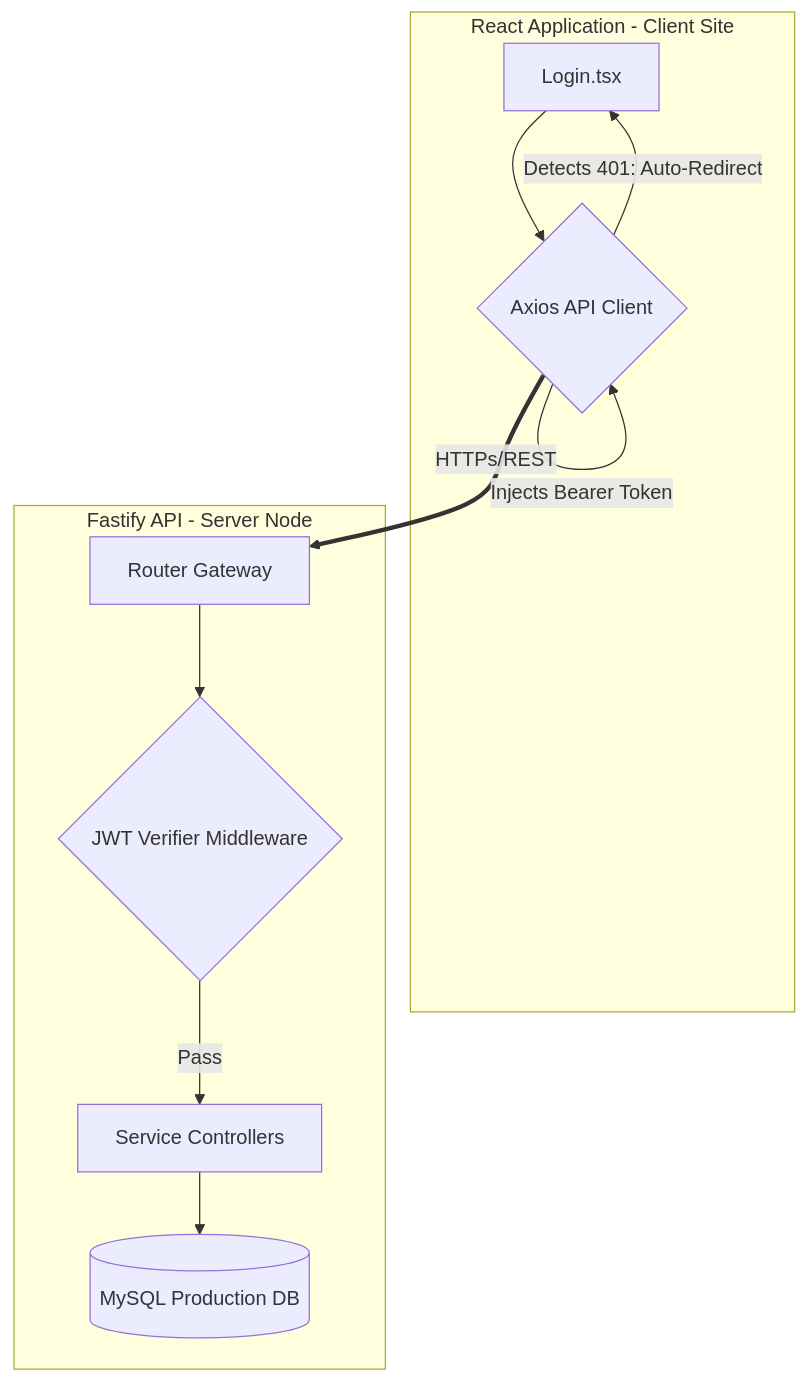
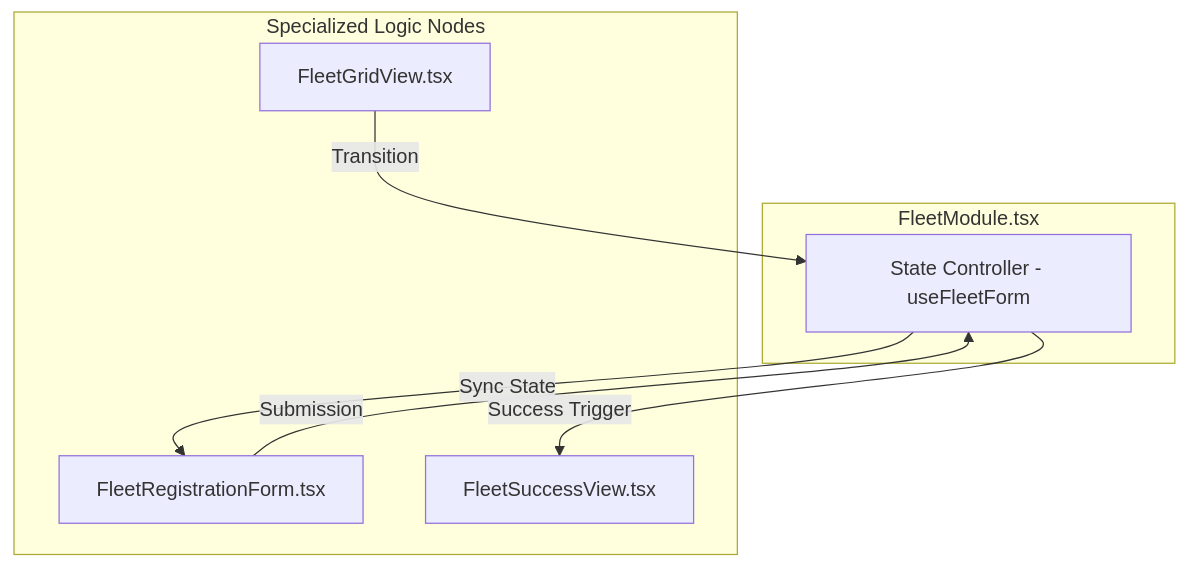
The first of 3 diagrams in SYSTEM_ARCHITECTURE.md (felipemiramontesr/mantenimiento_piic), drawn with Mermaid before and after one commit. The commit also changed other lines of this file and 27 other files, not shown here.

Commit message:
feat(fleet): v.17.0.0 industrial-grade architectural refactor and high-precision testing ecosystem

````diff
--- a/SYSTEM_ARCHITECTURE.md
+++ b/SYSTEM_ARCHITECTURE.md
@@ -24,16 +24,17 @@
 ```mermaid
 graph TD
-    subgraph Frontend [React Application - Client Site]
-        A[Login.tsx] --> B{Axios API Client}
-        B -->|Injects Bearer Token| B
-        B -->|Detects 401: Auto-Redirect| A
+    subgraph Orchestrator [FleetModule.tsx]
+        M[State Controller - useFleetForm]
     end
 
-    subgraph Backend [Fastify API - Server Node]
-        C[Router Gateway] --> D{JWT Verifier Middleware}
-        D -->|Pass| E[Service Controllers]
-        E --> F[(MySQL Production DB)]
+    subgraph AtomicNodes [Specialized Logic Nodes]
+        G[FleetGridView.tsx]
+        F[FleetRegistrationForm.tsx]
+        S[FleetSuccessView.tsx]
     end
 
-    B ==>|HTTPs/REST| C
+    M -->|Sync State| F
+    G -->|Transition| M
+    F -->|Submission| M
+    M -->|Success Trigger| S
 ```
````
